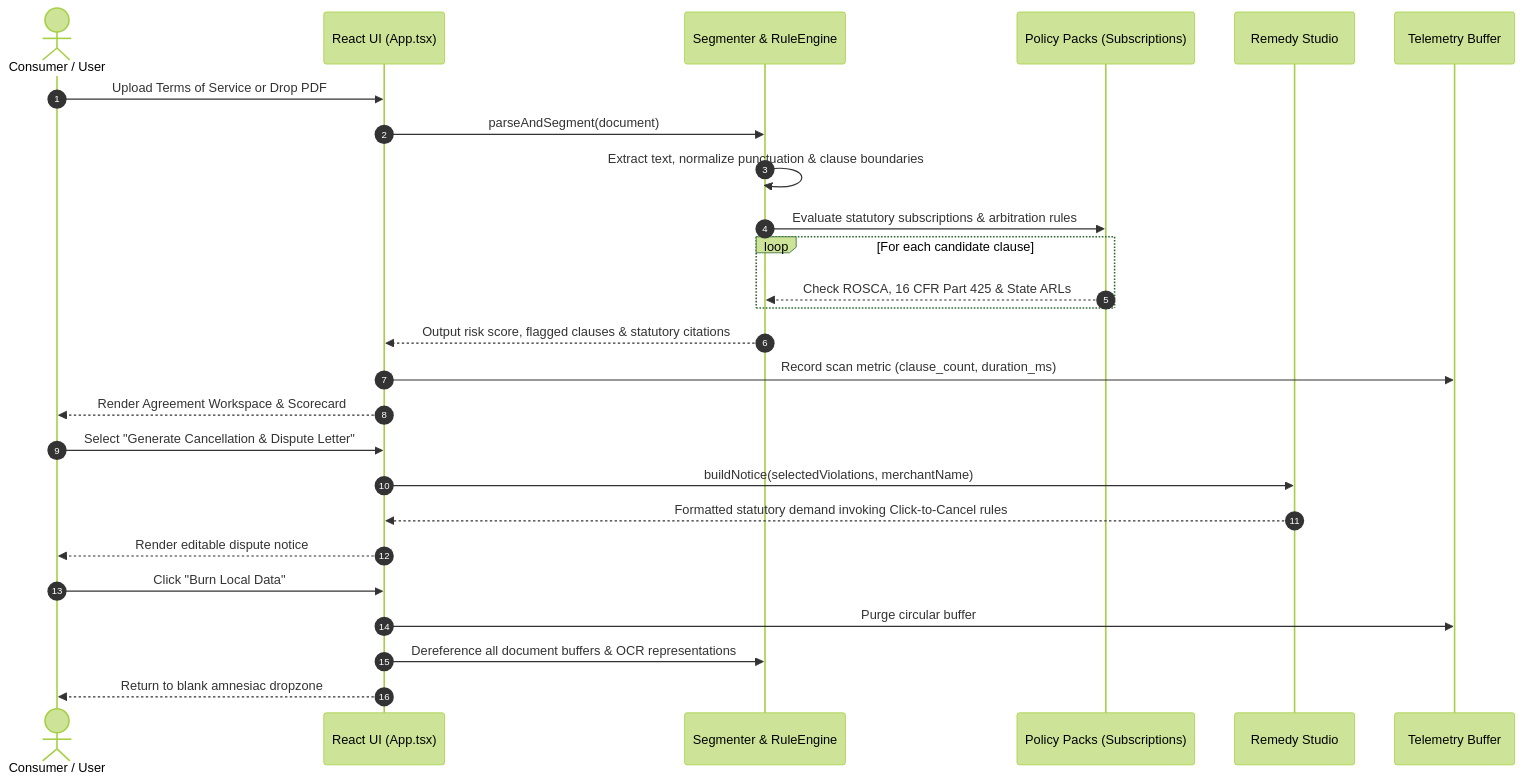
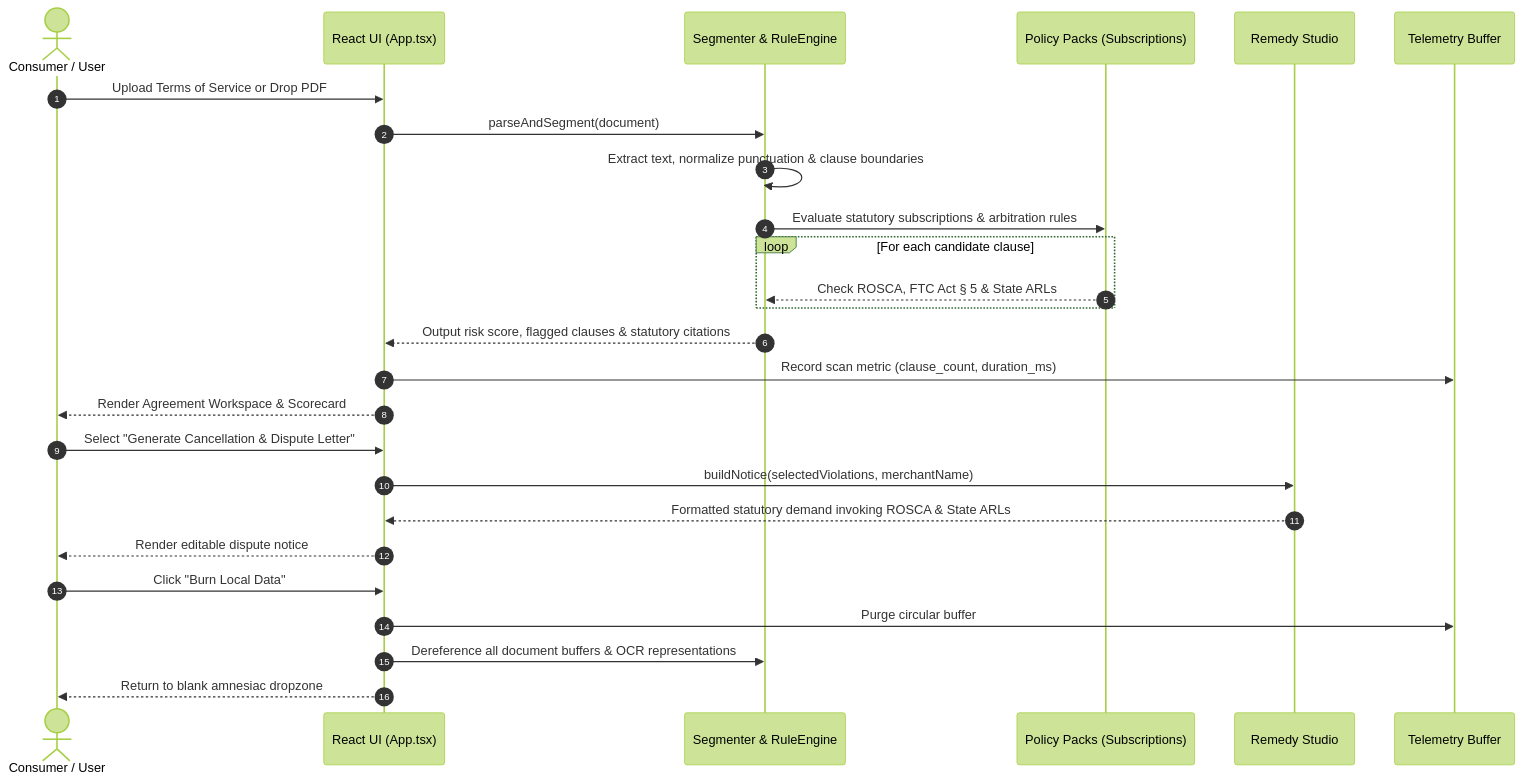
One commit to knowthankyew/bill-of-rights-bot changed the second of 2 diagrams in docs/ARCHITECTURE.md. Above: the diagram before and after it, drawn with Mermaid (forest theme). The commit also changed other lines of this file and 16 other files, not shown here.

Commit message:
fix(legal): replace vacated 16 CFR Part 425 citations with ROSCA and add GitHub Pages workflow

````diff
--- a/docs/ARCHITECTURE.md
+++ b/docs/ARCHITECTURE.md
@@ -89,31 +89,31 @@
 ```mermaid
 sequenceDiagram
     autonumber
     actor Consumer as Consumer / User
     participant UI as React UI (App.tsx)
     participant Core as Segmenter & RuleEngine
     participant Subs as Policy Packs (Subscriptions)
     participant Remedy as Remedy Studio
     participant Telem as Telemetry Buffer
 
     Consumer->>UI: Upload Terms of Service or Drop PDF
     UI->>Core: parseAndSegment(document)
     Core->>Core: Extract text, normalize punctuation & clause boundaries
     Core->>Subs: Evaluate statutory subscriptions & arbitration rules
     loop For each candidate clause
-        Subs-->>Core: Check ROSCA, 16 CFR Part 425 & State ARLs
+        Subs-->>Core: Check ROSCA, FTC Act § 5 & State ARLs
     end
     Core-->>UI: Output risk score, flagged clauses & statutory citations
     UI->>Telem: Record scan metric (clause_count, duration_ms)
     UI-->>Consumer: Render Agreement Workspace & Scorecard
 
     Consumer->>UI: Select "Generate Cancellation & Dispute Letter"
     UI->>Remedy: buildNotice(selectedViolations, merchantName)
-    Remedy-->>UI: Formatted statutory demand invoking Click-to-Cancel rules
+    Remedy-->>UI: Formatted statutory demand invoking ROSCA & State ARLs
     UI-->>Consumer: Render editable dispute notice
 
     Consumer->>UI: Click "Burn Local Data"
     UI->>Telem: Purge circular buffer
     UI->>Core: Dereference all document buffers & OCR representations
     UI-->>Consumer: Return to blank amnesiac dropzone
 ```
````
